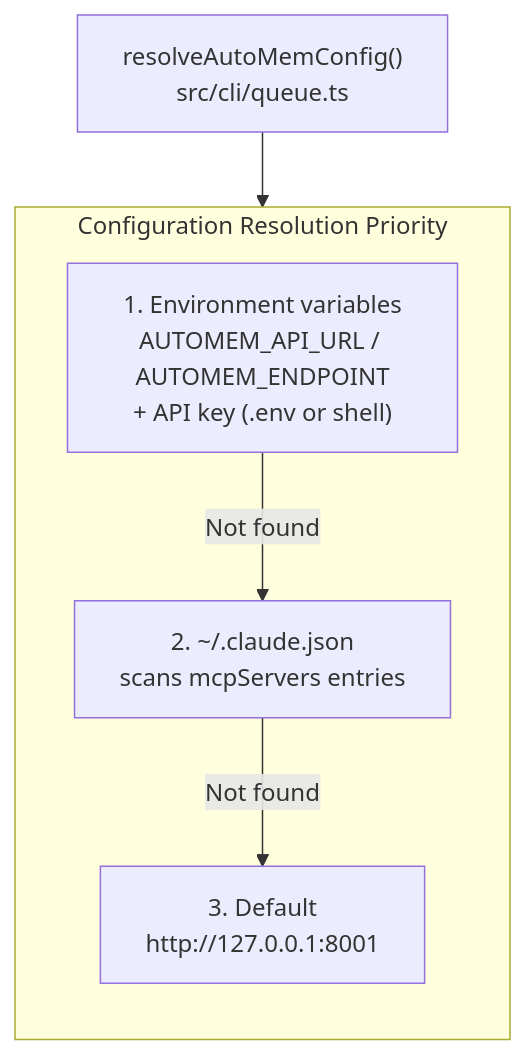
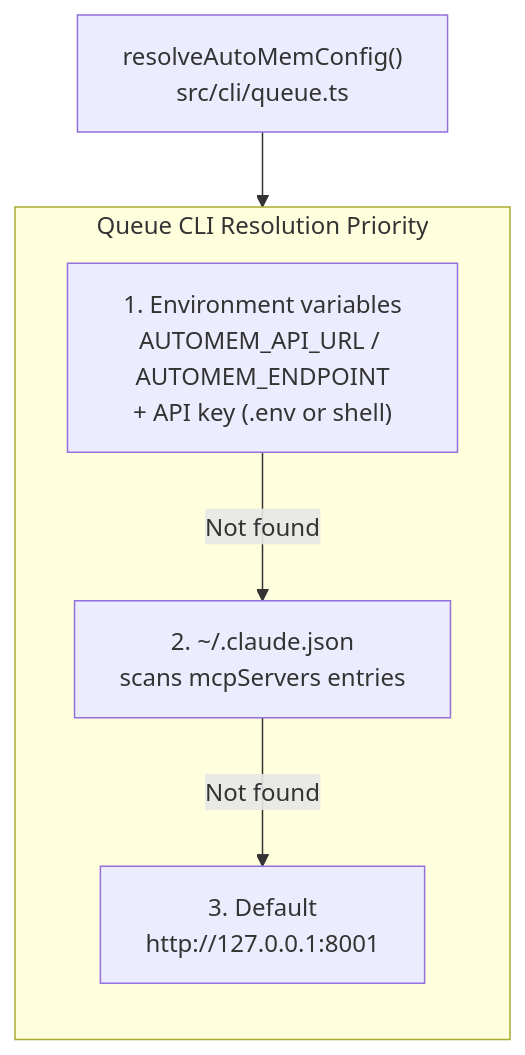
One commit to verygoodplugins/automem-website changed the second of 2 diagrams in src/content/docs/docs/cli/config-tools.md. Above: the diagram before and after it, drawn with Mermaid. The commit also changed other lines of this file and 1 other file, not shown here.

Commit message:
docs: correct cli config-tools audit wording

````diff
--- a/src/content/docs/docs/cli/config-tools.md
+++ b/src/content/docs/docs/cli/config-tools.md
@@ -109,13 +109,13 @@
 ```mermaid
 graph TB
-    subgraph "Configuration Resolution Priority"
+    subgraph "Queue CLI Resolution Priority"
         direction TB
         ENV["1. Environment variables<br/>AUTOMEM_API_URL / AUTOMEM_ENDPOINT<br/>+ API key (.env or shell)"]
         CLAUDE_JSON["2. ~/.claude.json<br/>scans mcpServers entries"]
         DEFAULT["3. Default<br/>http://127.0.0.1:8001"]
     end
 
     RESOLVE["resolveAutoMemConfig()<br/>src/cli/queue.ts"] --> ENV
     ENV -->|Not found| CLAUDE_JSON
     CLAUDE_JSON -->|Not found| DEFAULT
 ```
````
